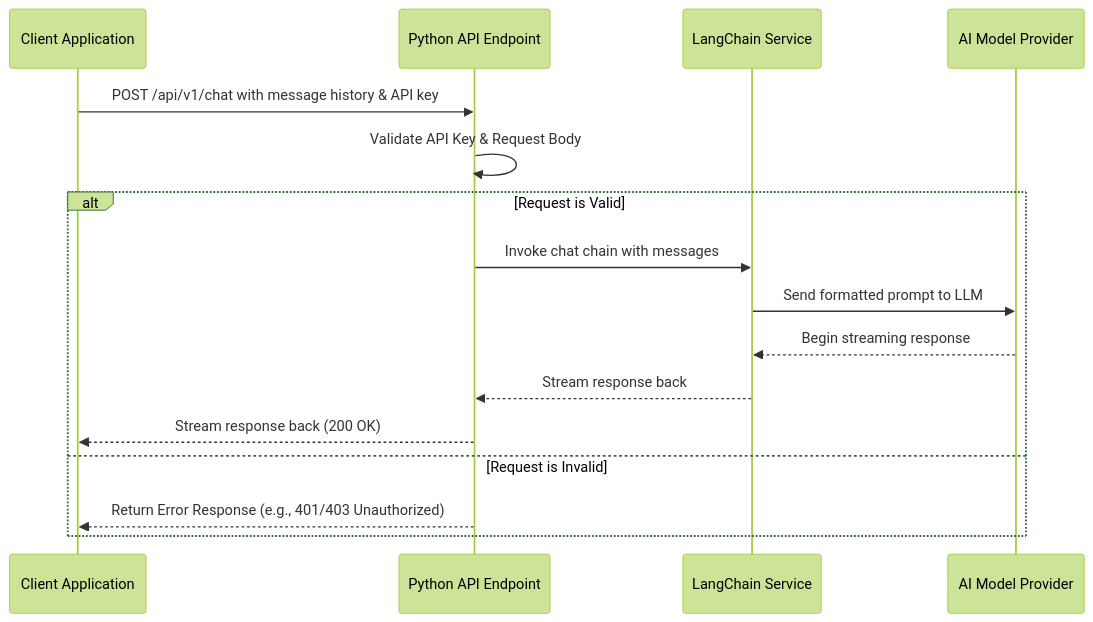
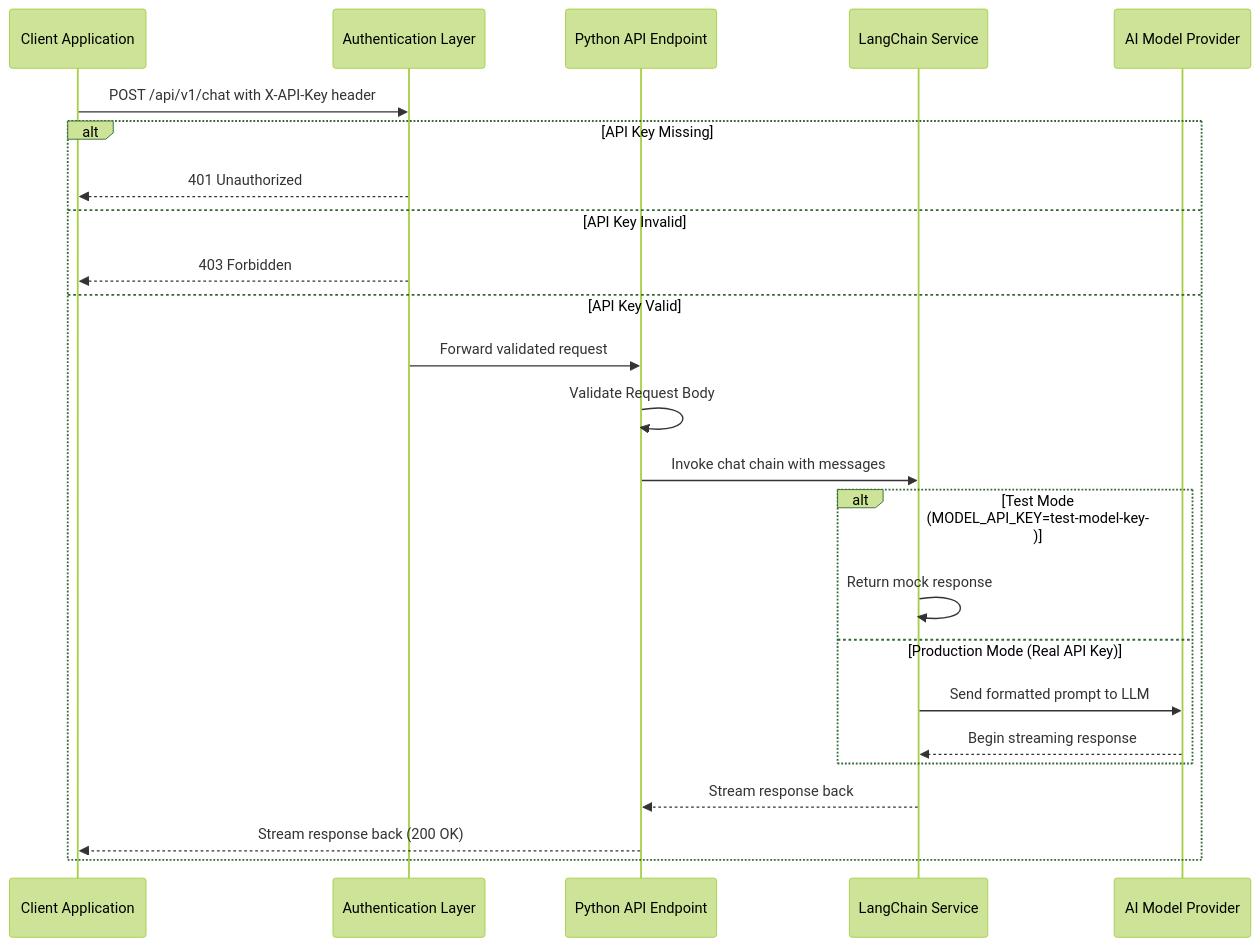
Before and after one commit to ljdelavega/ai-chatbot-api: the second of 2 diagrams in docs/architecture_docs.md, drawn with Mermaid (forest theme). The commit also changed other lines of this file and 5 other files, not shown here.

````diff
--- a/docs/architecture_docs.md
+++ b/docs/architecture_docs.md
@@ -81,19 +81,30 @@
 ```mermaid
 sequenceDiagram
     participant ClientApp as Client Application
+    participant AuthMW as Authentication Layer
     participant FastAPI as Python API Endpoint
     participant LangChain as LangChain Service
     participant AIProvider as AI Model Provider
 
-    ClientApp->>FastAPI: POST /api/v1/chat with message history & API key
-    FastAPI->>FastAPI: Validate API Key & Request Body
-    alt Request is Valid
+    ClientApp->>AuthMW: POST /api/v1/chat with X-API-Key header
+    
+    alt API Key Missing
+        AuthMW-->>ClientApp: 401 Unauthorized
+    else API Key Invalid
+        AuthMW-->>ClientApp: 403 Forbidden
+    else API Key Valid
+        AuthMW->>FastAPI: Forward validated request
+        FastAPI->>FastAPI: Validate Request Body
         FastAPI->>LangChain: Invoke chat chain with messages
-        LangChain->>AIProvider: Send formatted prompt to LLM
-        AIProvider-->>LangChain: Begin streaming response
+        
+        alt Test Mode (MODEL_API_KEY=test-model-key)
+            LangChain->>LangChain: Return mock response
+        else Production Mode (Real API Key)
+            LangChain->>AIProvider: Send formatted prompt to LLM
+            AIProvider-->>LangChain: Begin streaming response
+        end
+        
         LangChain-->>FastAPI: Stream response back
         FastAPI-->>ClientApp: Stream response back (200 OK)
-    else Request is Invalid
-        FastAPI-->>ClientApp: Return Error Response (e.g., 401/403 Unauthorized)
     end
 ```
````
